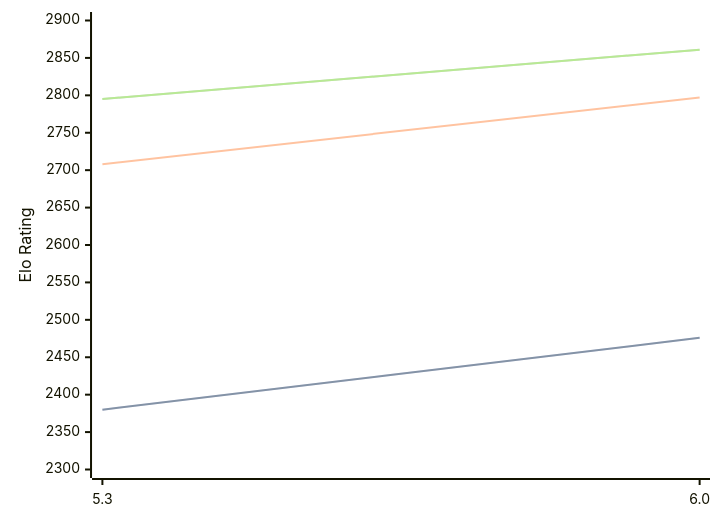
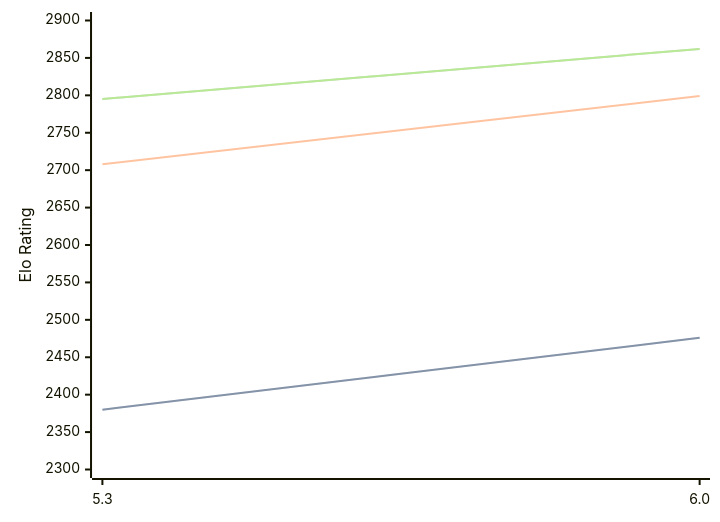
One commit to computer-chess-index/cci changed the first of 3 diagrams in engines/tomitankChess.md. Above: the diagram before and after it, drawn with Mermaid. The commit also changed other lines of this file, not shown here.

Commit message:
Update CCI Ratings (ELO VLTC) - 2026-06-16

````diff
--- a/engines/tomitankChess.md
+++ b/engines/tomitankChess.md
@@ -40,11 +40,11 @@
 ```mermaid
 %%{init: {"theme":"base","themeVariables":{"seriesColors:['#a3a3a3','#222221','#faa371']}}}%%
 xychart-beta
   x-axis ["5.3", "6.0"]
   y-axis "Elo Rating" 2300 --> 2900
   line "STC (8.0+0.08s)" [2380, 2476]
   line "STC (8.0+0.08s)" [2380, 2476]
-  line "LTC (60.0+0.60s)" [2708, 2797]
-  line "VLTC (2m24s+1.12s)" [2795, 2861]
-  line "VLTC (2m24s+1.12s)" [2795, 2861]
+  line "LTC (60.0+0.60s)" [2708, 2799]
+  line "VLTC (2m24s+1.12s)" [2795, 2862]
+  line "VLTC (2m24s+1.12s)" [2795, 2862]
 ```
````
